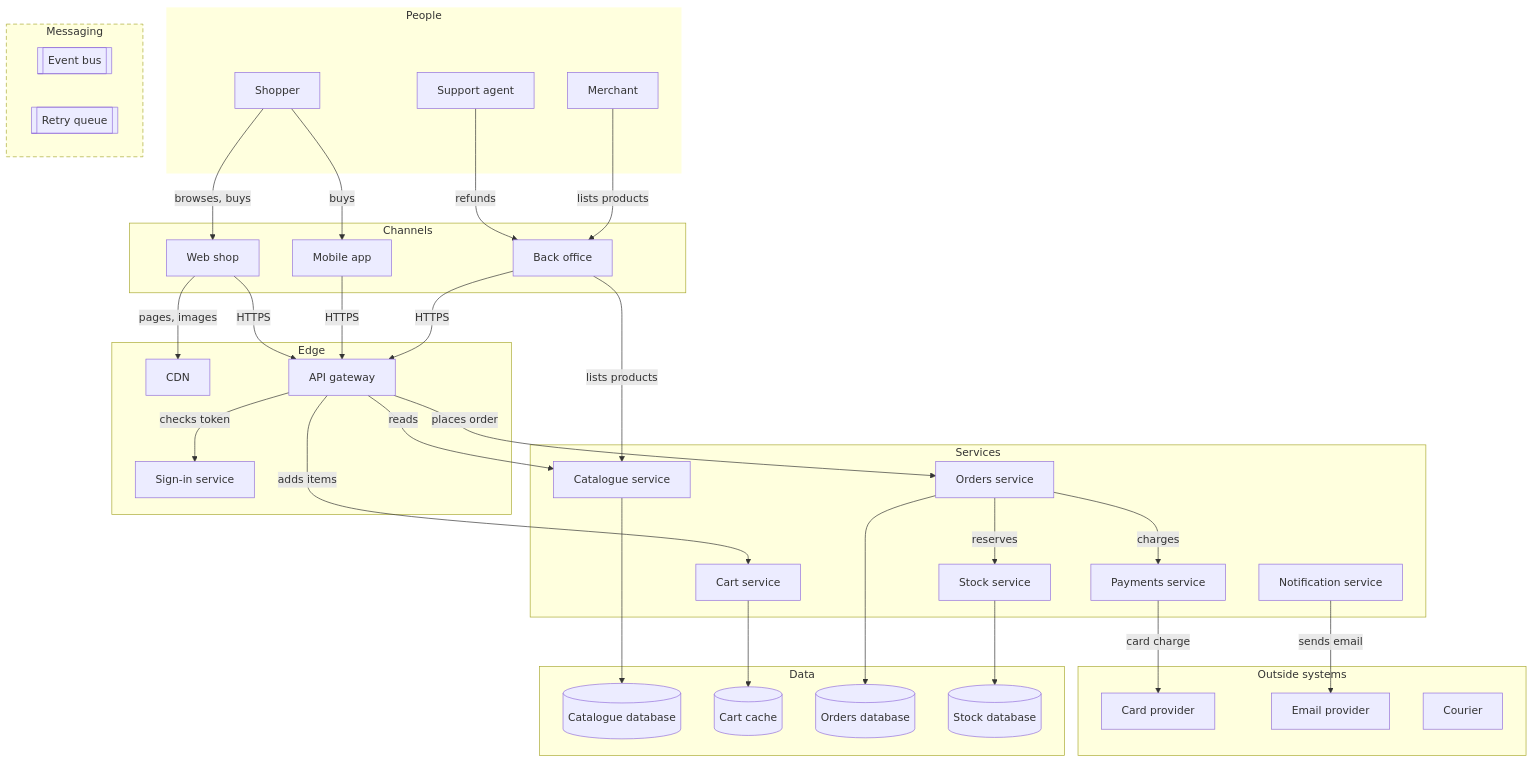
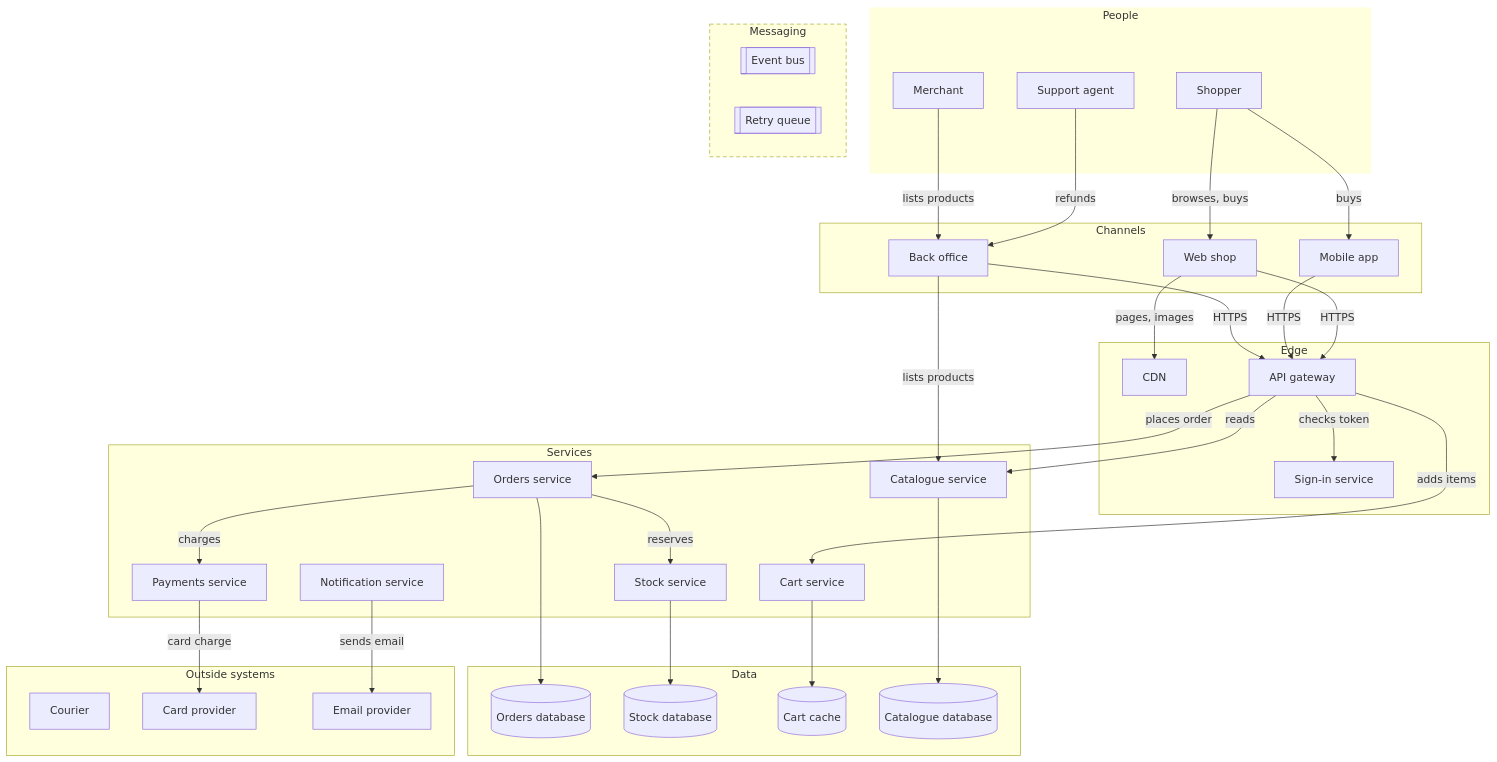
Before and after one commit to nvsravank/avagahana: the first of 7 diagrams in examples/maps/shop-layers.md, drawn with Mermaid. The commit also changed other lines of this file and 25 other files, not shown here.

```diff
--- a/examples/maps/shop-layers.md
+++ b/examples/maps/shop-layers.md
@@ -15,15 +15,15 @@
   end
 
   subgraph edge [Edge]
+    auth["Sign-in service"]
     cdn["CDN"]
     gateway["API gateway"]
-    auth["Sign-in service"]
   end
 
   subgraph services [Services]
+    orders["Orders service"]
+    cart["Cart service"]
     catalogue["Catalogue service"]
-    cart["Cart service"]
-    orders["Orders service"]
     payments["Payments service"]
     stock["Stock service"]
     notify["Notification service"]
@@ -35,44 +35,44 @@
   end
 
   subgraph data [Data]
-    catdb[("Catalogue database")]
-    cache[("Cart cache")]
     orderdb[("Orders database")]
     stockdb[("Stock database")]
+    cache[("Cart cache")]
+    catdb[("Catalogue database")]
   end
 
   subgraph outside [Outside systems]
+    courier["Courier"]
     psp["Card provider"]
     mail["Email provider"]
-    courier["Courier"]
   end
 
+  web -->|HTTPS| gateway
+  gateway -->|places order| orders
+  gateway -->|checks token| auth
+  gateway -->|adds items| cart
+
+  mobile -->|HTTPS| gateway
+  web -->|pages, images| cdn
+  catalogue --> catdb
+  orders --> orderdb
+  support -->|refunds| backoffice
+
+  backoffice -->|HTTPS| gateway
+  gateway -->|reads| catalogue
+  orders e1@-->|charges| payments
+  notify -->|sends email| mail
+
   shopper -->|browses, buys| web
-  shopper -->|buys| mobile
-  support -->|refunds| backoffice
-  merchant -->|lists products| backoffice
+  stock --> stockdb
+  orders -->|reserves| stock
 
-  web -->|pages, images| cdn
-  web -->|HTTPS| gateway
-  mobile -->|HTTPS| gateway
-  backoffice -->|HTTPS| gateway
-  gateway -->|checks token| auth
-
-  gateway -->|reads| catalogue
-  gateway -->|adds items| cart
-  gateway -->|places order| orders
   backoffice -->|lists products| catalogue
 
-  orders -->|reserves| stock
-  orders e1@-->|charges| payments
+  shopper -->|buys| mobile
+  merchant -->|lists products| backoffice
   payments e2@-->|card charge| psp
-
-  notify -->|sends email| mail
-
-  catalogue --> catdb
   cart --> cache
-  orders --> orderdb
-  stock --> stockdb
 
   click orders "#orders-service-components"
   click orders "#payment-retry-ideas"
```
